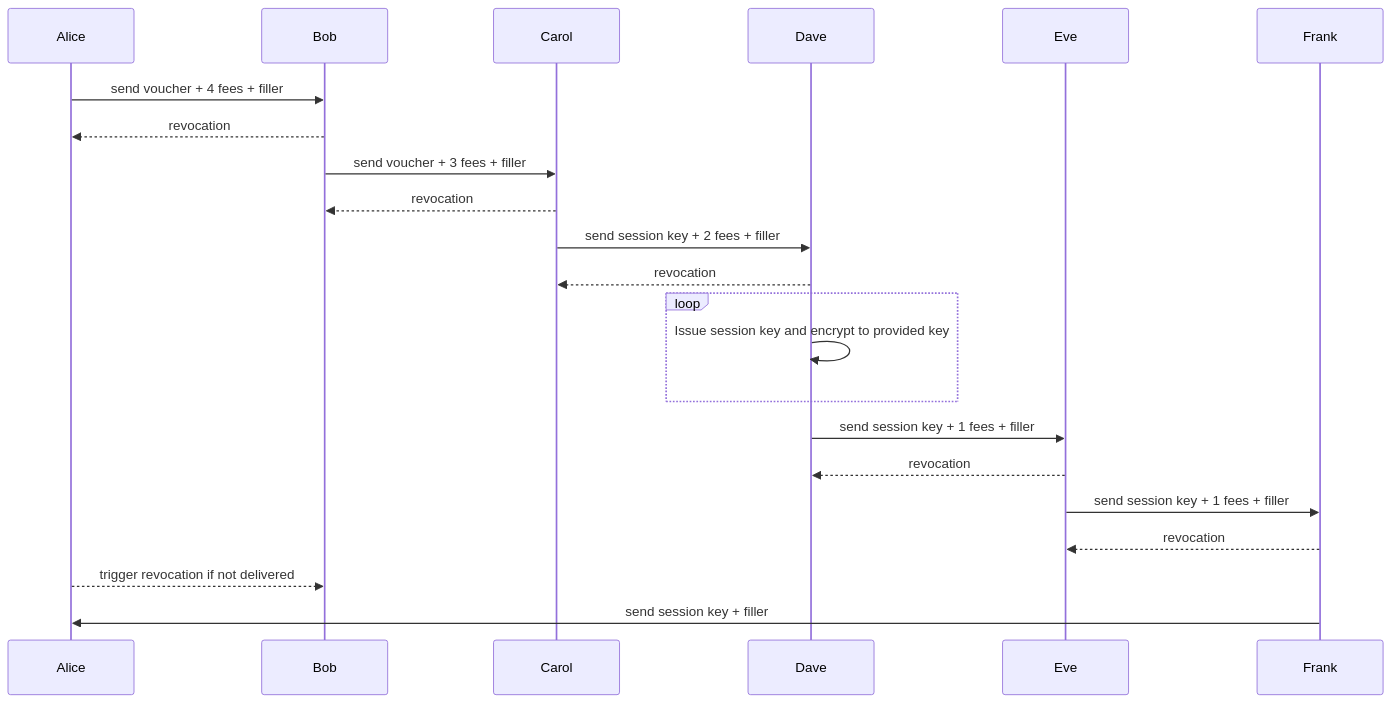
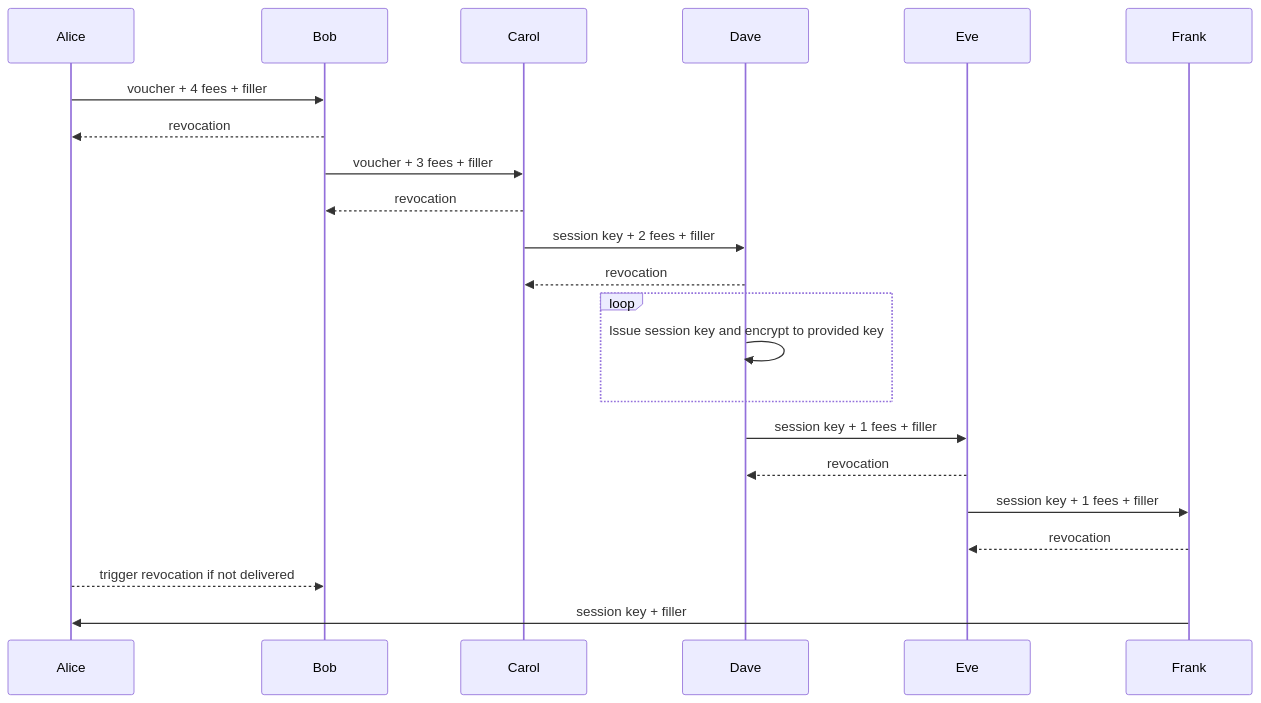
Before and after one commit to indra-labs/indra: the second of 3 diagrams in doc/whitepaper.md, drawn with Mermaid. The commit also changed other lines of this file and 1 other file, not shown here.

Commit message:
Some more small refinements regarding purchase fees

````diff
--- a/doc/whitepaper.md
+++ b/doc/whitepaper.md
@@ -131,19 +133,19 @@
 ```mermaid
   sequenceDiagram
-    Alice->>Bob: send voucher + 4 fees + filler
+    Alice->>Bob: voucher + 4 fees + filler
     Bob-->>Alice: revocation
-    Bob->>Carol: send voucher + 3 fees + filler
+    Bob->>Carol: voucher + 3 fees + filler
     Carol-->>Bob: revocation
-    Carol->>Dave: send session key + 2 fees + filler
+    Carol->>Dave: session key + 2 fees + filler
     Dave-->>Carol: revocation
     loop
     	Dave->>Dave: Issue session key and encrypt to provided key
     end
-    Dave->>Eve: send session key + 1 fees + filler
+    Dave->>Eve: session key + 1 fees + filler
     Eve-->>Dave: revocation
-	Eve->>Frank: send session key + 1 fees + filler
+	Eve->>Frank: session key + 1 fees + filler
 	Frank-->>Eve: revocation
     Alice-->>Bob: trigger revocation if not delivered
-    Frank->>Alice: send session key + filler
+    Frank->>Alice: session key + filler
 	
 ```
````
